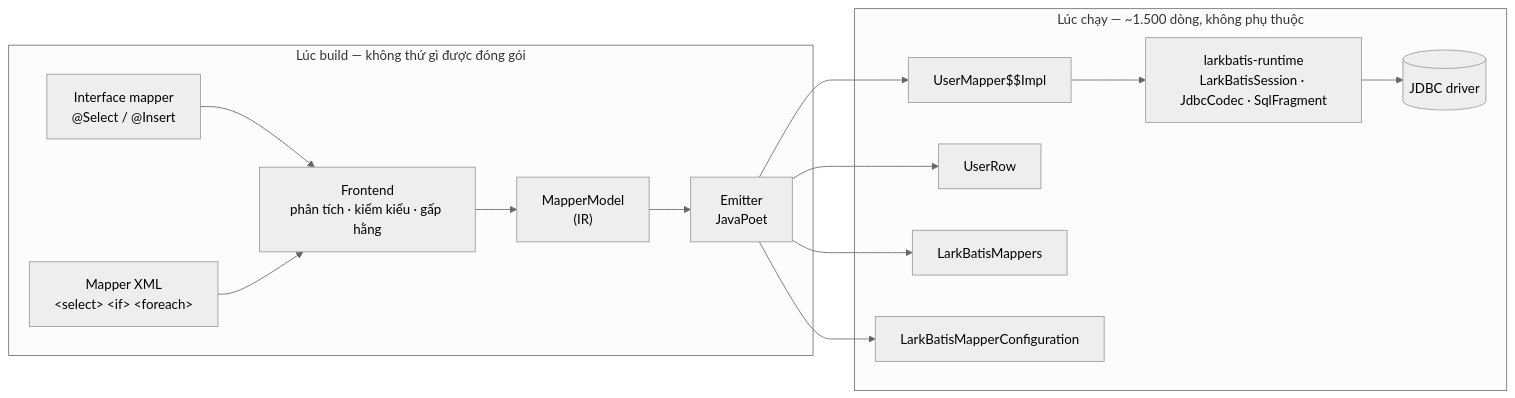
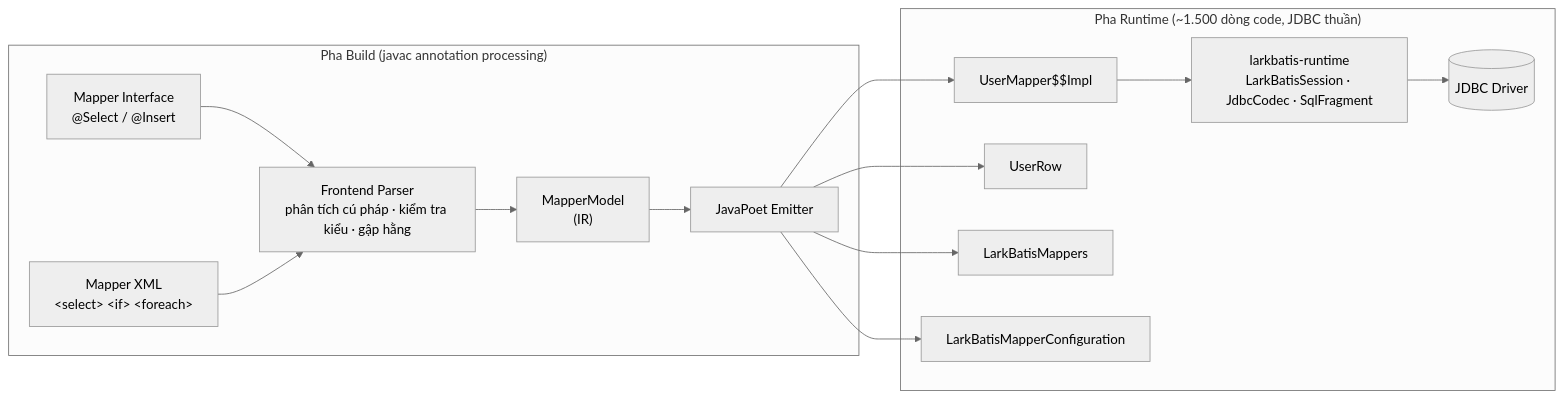
The diagram in docs/wiki/architecture.vi.md (larkbatis/larkbatis.github.io), drawn with Mermaid (neutral theme) before and after one commit. The commit also changed other lines of this file and 33 other files, not shown here.

````diff
--- a/docs/wiki/architecture.vi.md
+++ b/docs/wiki/architecture.vi.md
@@ -5,17 +5,17 @@
 ```mermaid
 flowchart LR
-    subgraph build["Lúc build — không thứ gì được đóng gói"]
-        A["Interface mapper<br/>@Select / @Insert"] --> F
+    subgraph build["Pha Build (javac annotation processing)"]
+        A["Mapper Interface<br/>@Select / @Insert"] --> F
         B["Mapper XML<br/>&lt;select&gt; &lt;if&gt; &lt;foreach&gt;"] --> F
-        F["Frontend<br/>phân tích · kiểm kiểu · gấp hằng"] --> IR["MapperModel<br/>(IR)"]
-        IR --> E["Emitter<br/>JavaPoet"]
+        F["Frontend Parser<br/>phân tích cú pháp · kiểm tra kiểu · gập hằng"] --> IR["MapperModel<br/>(IR)"]
+        IR --> E["JavaPoet Emitter"]
     end
-    subgraph run["Lúc chạy — ~1.500 dòng, không phụ thuộc"]
+    subgraph run["Pha Runtime (~1.500 dòng code, JDBC thuần)"]
         E --> G1["UserMapper$$Impl"]
         E --> G2["UserRow"]
         E --> G3["LarkBatisMappers"]
         E --> G4["LarkBatisMapperConfiguration"]
         G1 --> RT["larkbatis-runtime<br/>LarkBatisSession · JdbcCodec · SqlFragment"]
-        RT --> JDBC[("JDBC driver")]
+        RT --> JDBC[("JDBC Driver")]
     end
 ```
````
